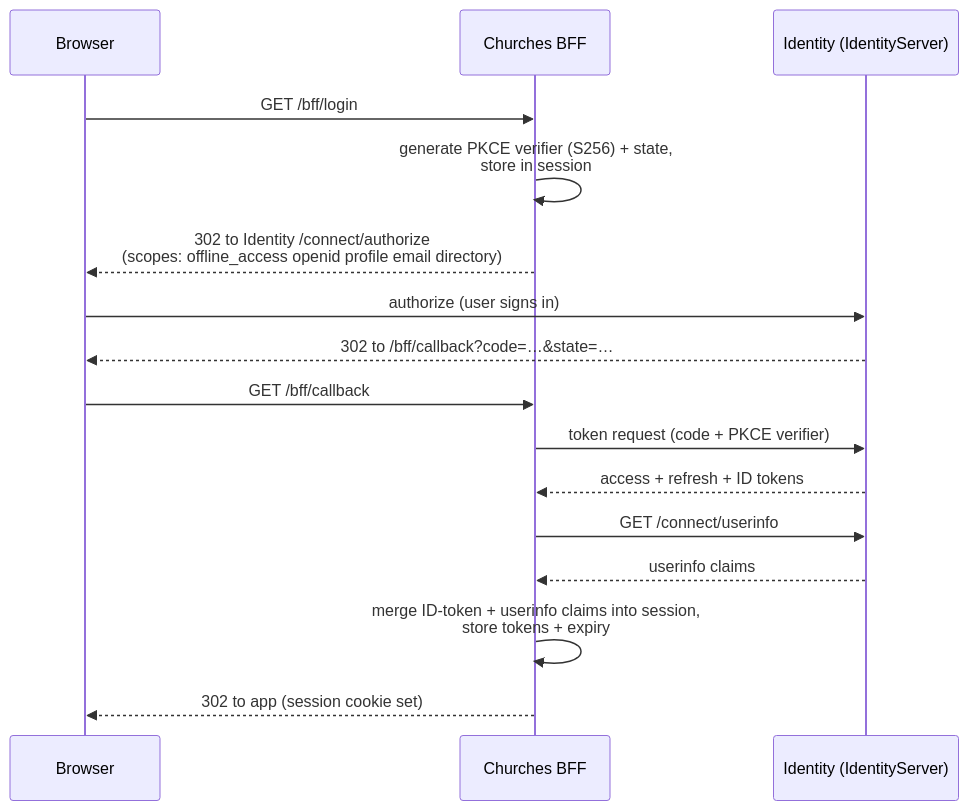
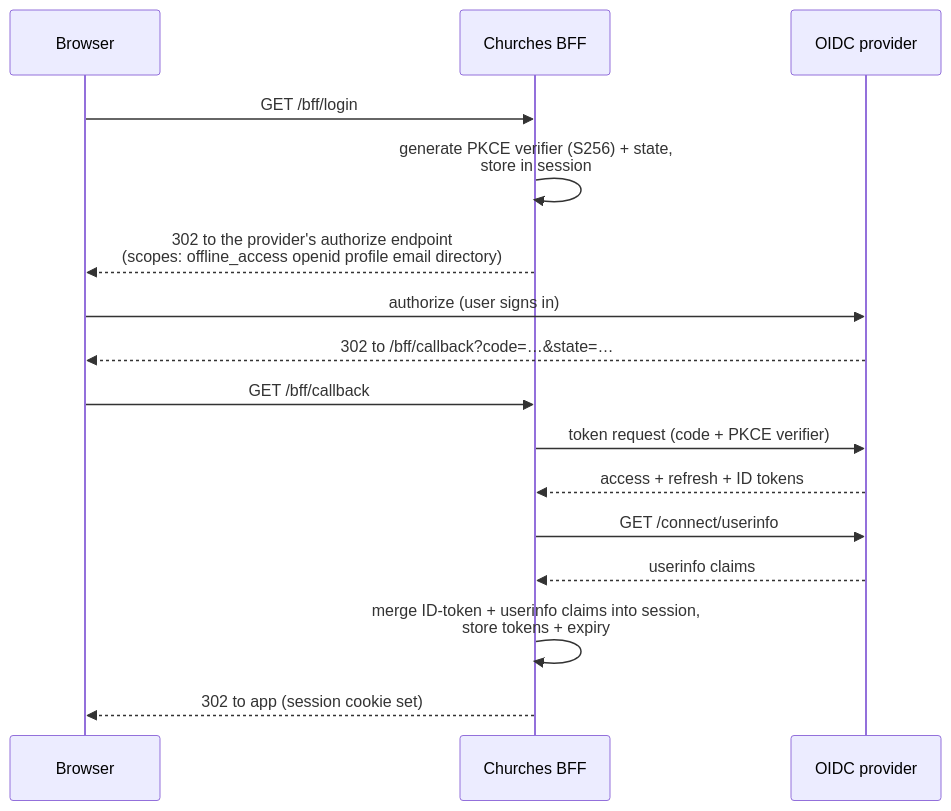
The third of 4 diagrams in ARCHITECTURE.md (crgolden/Churches), drawn with Mermaid before and after one commit. The commit also changed other lines of this file and 2 other files, not shown here.

````diff
--- a/ARCHITECTURE.md
+++ b/ARCHITECTURE.md
@@ -113,19 +72,19 @@
 ```mermaid
 sequenceDiagram
     participant B as Browser
     participant BFF as Churches BFF
-    participant IdP as Identity (IdentityServer)
+    participant IdP as OIDC provider
 
     B->>BFF: GET /bff/login
     BFF->>BFF: generate PKCE verifier (S256) + state,<br/>store in session
-    BFF-->>B: 302 to Identity /connect/authorize<br/>(scopes: offline_access openid profile email directory)
+    BFF-->>B: 302 to the provider's authorize endpoint<br/>(scopes: offline_access openid profile email directory)
     B->>IdP: authorize (user signs in)
     IdP-->>B: 302 to /bff/callback?code=…&state=…
     B->>BFF: GET /bff/callback
     BFF->>IdP: token request (code + PKCE verifier)
     IdP-->>BFF: access + refresh + ID tokens
     BFF->>IdP: GET /connect/userinfo
     IdP-->>BFF: userinfo claims
     BFF->>BFF: merge ID-token + userinfo claims into session,<br/>store tokens + expiry
     BFF-->>B: 302 to app (session cookie set)
 ```
````
